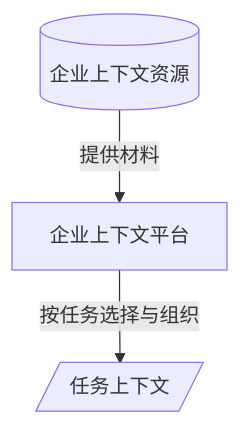
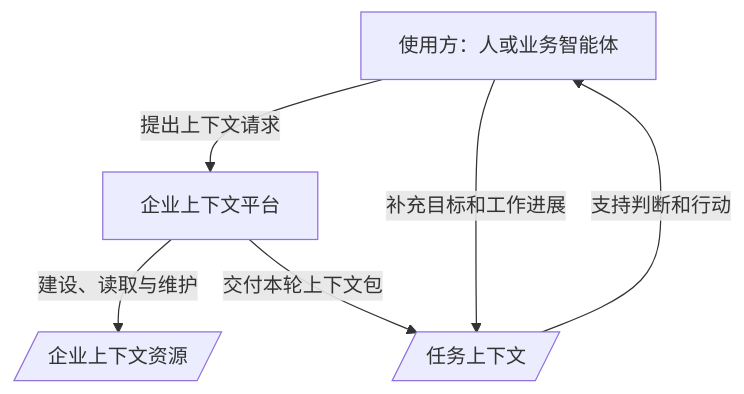
The diagram in book/part-1/chapter-01.md (LENSHOOD/enterprise-context-book), drawn with Mermaid before and after one commit. The commit also changed other lines of this file and 56 other files, not shown here.

````diff
--- a/book/part-1/chapter-01.md
+++ b/book/part-1/chapter-01.md
@@ -77,8 +77,12 @@
 ```mermaid
 flowchart TB
-  R[("企业上下文资源")]
+  A["使用方：人或业务智能体"]
   P["企业上下文平台"]
+  R[/"企业上下文资源"/]
   C[/"任务上下文"/]
-  R -->|提供材料| P
-  P -->|按任务选择与组织| C
+  A -->|提出上下文请求| P
+  P -->|建设、读取与维护| R
+  P -->|交付本轮上下文包| C
+  A -->|补充目标和工作进展| C
+  C -->|支持判断和行动| A
 ```
````
